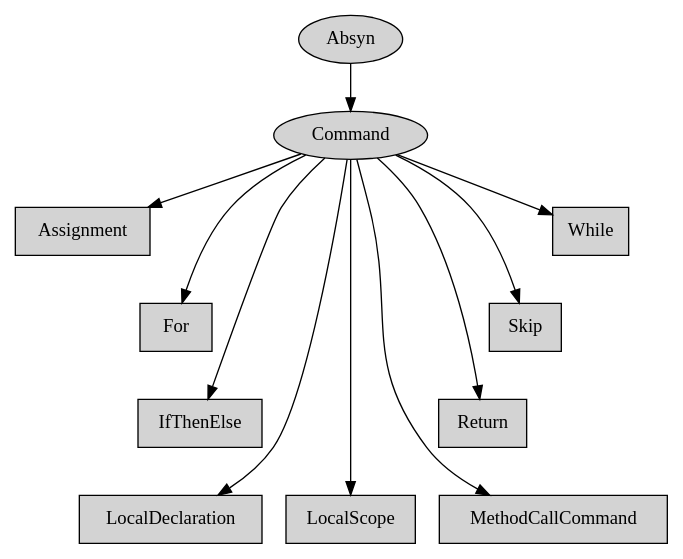
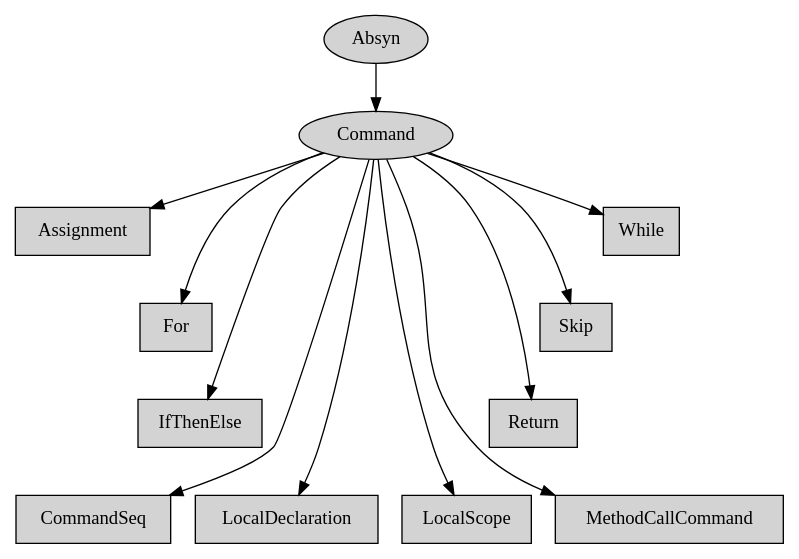
The diagram in commands_hierarchy.dot (spoto/Kitten-Book), drawn with Graphviz before and after one commit. The commit also changed 6 other files, not shown here.

```diff
--- a/commands_hierarchy.dot
+++ b/commands_hierarchy.dot
@@ -1,25 +1,27 @@
 digraph expressions {
 size = "11,7.5";
 node [style = filled]
 Absyn [label = "Absyn"]
 Command [label = "Command"]
 Assignment [label = "Assignment" shape = box]
 For [label = "For" shape = box]
 IfThenElse [label = "IfThenElse" shape = box]
+CommandSeq [label = "CommandSeq" shape = box]
 LocalDeclaration [label = "LocalDeclaration" shape = box]
 LocalScope [label = "LocalScope" shape = box]
 MethodCallCommand [label = "MethodCallCommand" shape = box]
 Return [label = "Return" shape = box]
 Skip [label = "Skip" shape = box]
 While [label = "While" shape = box]
 Absyn -> Command
 Command -> Assignment [minlen = 1]
 Command -> For [minlen = 2]
 Command -> IfThenElse [minlen = 3]
 Command -> LocalDeclaration [minlen = 4]
 Command -> LocalScope [minlen = 4]
+Command -> CommandSeq [minlen = 4]
 Command -> MethodCallCommand [minlen = 4]
 Command -> Return [minlen = 3]
 Command -> Skip [minlen = 2]
 Command -> While [minlen = 1]
 }
```
